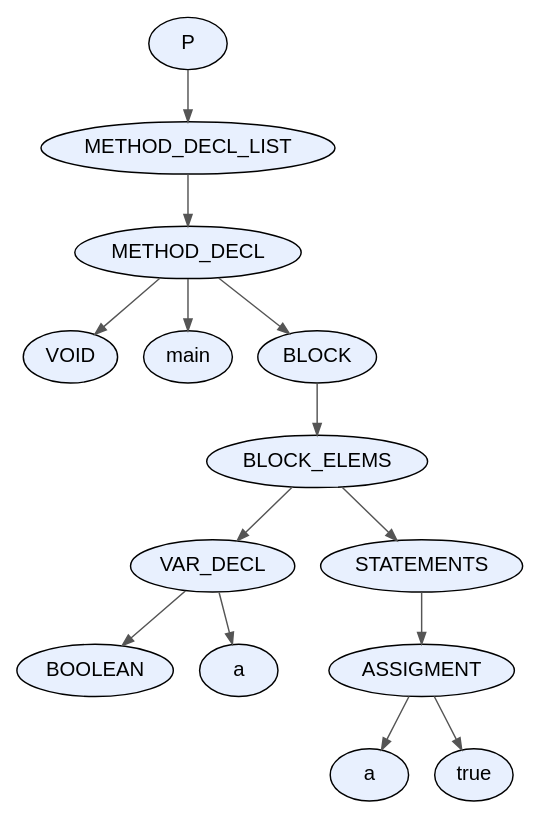
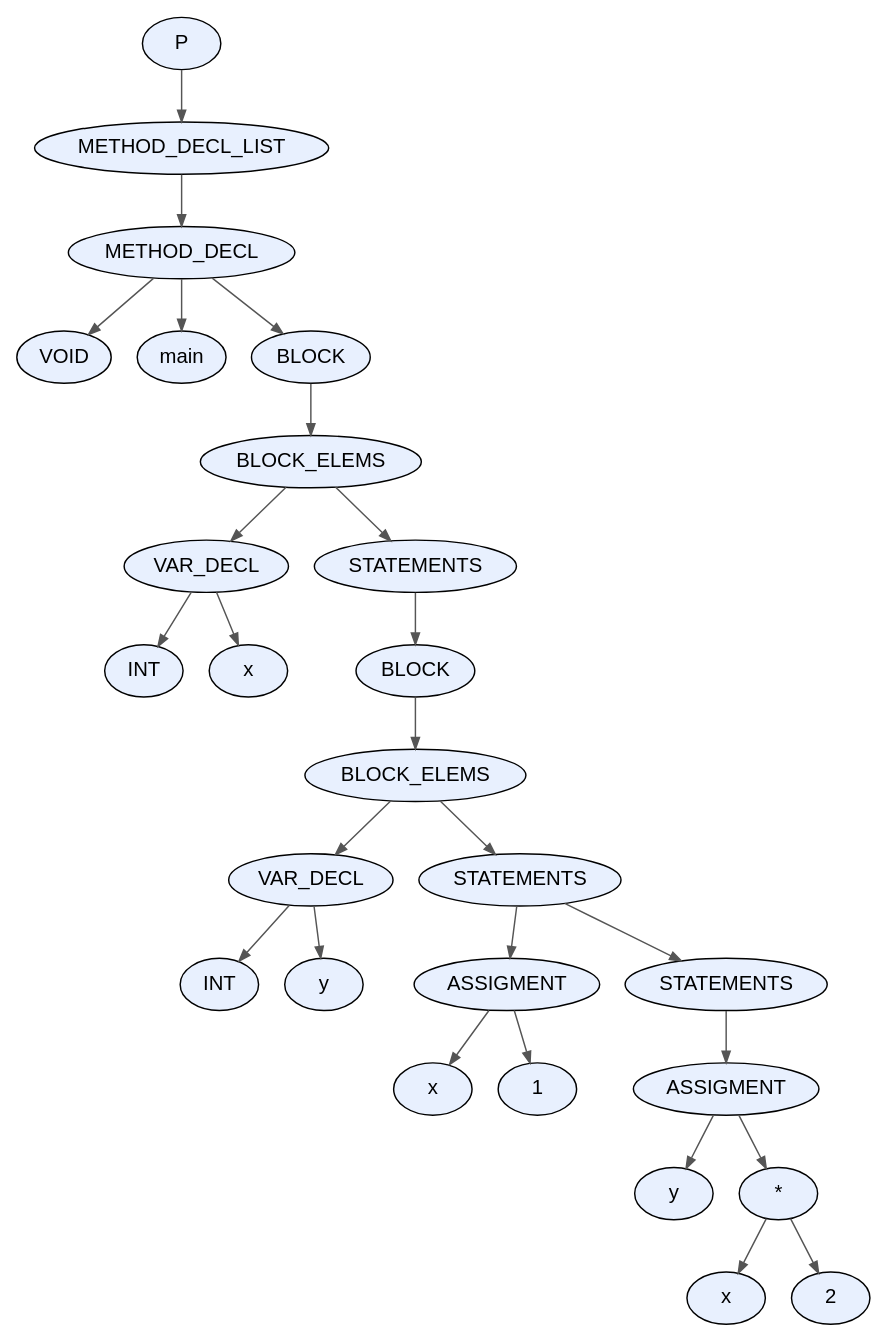
Before and after one commit to facundo-dario-loser/TDS2026: the diagram in proyecto/dot_files/test9.dot, drawn with Graphviz. The commit also changed 53 other files, not shown here.

```diff
--- a/proyecto/dot_files/test9.dot
+++ b/proyecto/dot_files/test9.dot
@@ -1,31 +1,55 @@
 digraph AST {
   node [fontname="Arial"];
   edge [arrowsize=0.8, color="#555555"];
-  "node_0x5c92d2bbfb40" [label="P", style=filled, fillcolor="#E8F0FE", shape=ellipse, style="rounded,filled"];
-  "node_0x5c92d2bbfb40" -> "node_0x5c92d2bbfaf0";
-  "node_0x5c92d2bbfaf0" [label="METHOD_DECL_LIST", style=filled, fillcolor="#E8F0FE", shape=ellipse, style="rounded,filled"];
-  "node_0x5c92d2bbfaf0" -> "node_0x5c92d2bbfaa0";
-  "node_0x5c92d2bbfaa0" [label="METHOD_DECL", style=filled, fillcolor="#E8F0FE", shape=ellipse, style="rounded,filled"];
-  "node_0x5c92d2bbfaa0" -> "node_0x5c92d2bbf9e0";
-  "node_0x5c92d2bbf9e0" [label="VOID", style=filled, fillcolor="#E8F0FE", shape=ellipse, style="rounded,filled"];
-  "node_0x5c92d2bbfaa0" -> "node_0x5c92d2bbfa30";
-  "node_0x5c92d2bbfa30" [label="main", style=filled, fillcolor="#E8F0FE", shape=ellipse, style="rounded,filled"];
-  "node_0x5c92d2bbfaa0" -> "node_0x5c92d2bbf990";
-  "node_0x5c92d2bbf990" [label="BLOCK", style=filled, fillcolor="#E8F0FE", shape=ellipse, style="rounded,filled"];
-  "node_0x5c92d2bbf990" -> "node_0x5c92d2bbf940";
-  "node_0x5c92d2bbf940" [label="BLOCK_ELEMS", style=filled, fillcolor="#E8F0FE", shape=ellipse, style="rounded,filled"];
-  "node_0x5c92d2bbf940" -> "node_0x5c92d2bbf630";
-  "node_0x5c92d2bbf630" [label="VAR_DECL", style=filled, fillcolor="#E8F0FE", shape=ellipse, style="rounded,filled"];
-  "node_0x5c92d2bbf630" -> "node_0x5c92d2bbf550";
-  "node_0x5c92d2bbf550" [label="BOOLEAN", style=filled, fillcolor="#E8F0FE", shape=ellipse, style="rounded,filled"];
-  "node_0x5c92d2bbf630" -> "node_0x5c92d2bbf5c0";
-  "node_0x5c92d2bbf5c0" [label="a", style=filled, fillcolor="#E8F0FE", shape=ellipse, style="rounded,filled"];
-  "node_0x5c92d2bbf940" -> "node_0x5c92d2bbf8f0";
-  "node_0x5c92d2bbf8f0" [label="STATEMENTS", style=filled, fillcolor="#E8F0FE", shape=ellipse, style="rounded,filled"];
-  "node_0x5c92d2bbf8f0" -> "node_0x5c92d2bbf8a0";
-  "node_0x5c92d2bbf8a0" [label="ASSIGMENT", style=filled, fillcolor="#E8F0FE", shape=ellipse, style="rounded,filled"];
-  "node_0x5c92d2bbf8a0" -> "node_0x5c92d2bbf830";
-  "node_0x5c92d2bbf830" [label="a", style=filled, fillcolor="#E8F0FE", shape=ellipse, style="rounded,filled"];
-  "node_0x5c92d2bbf8a0" -> "node_0x5c92d2bc0340";
-  "node_0x5c92d2bc0340" [label="true", style=filled, fillcolor="#E8F0FE", shape=ellipse, style="rounded,filled"];
+  "node_0x5874937f7490" [label="P", style=filled, fillcolor="#E8F0FE", shape=ellipse, style="rounded,filled"];
+  "node_0x5874937f7490" -> "node_0x5874937f7440";
+  "node_0x5874937f7440" [label="METHOD_DECL_LIST", style=filled, fillcolor="#E8F0FE", shape=ellipse, style="rounded,filled"];
+  "node_0x5874937f7440" -> "node_0x5874937f73f0";
+  "node_0x5874937f73f0" [label="METHOD_DECL", style=filled, fillcolor="#E8F0FE", shape=ellipse, style="rounded,filled"];
+  "node_0x5874937f73f0" -> "node_0x5874937f7330";
+  "node_0x5874937f7330" [label="VOID", style=filled, fillcolor="#E8F0FE", shape=ellipse, style="rounded,filled"];
+  "node_0x5874937f73f0" -> "node_0x5874937f7380";
+  "node_0x5874937f7380" [label="main", style=filled, fillcolor="#E8F0FE", shape=ellipse, style="rounded,filled"];
+  "node_0x5874937f73f0" -> "node_0x5874937f72e0";
+  "node_0x5874937f72e0" [label="BLOCK", style=filled, fillcolor="#E8F0FE", shape=ellipse, style="rounded,filled"];
+  "node_0x5874937f72e0" -> "node_0x5874937f7290";
+  "node_0x5874937f7290" [label="BLOCK_ELEMS", style=filled, fillcolor="#E8F0FE", shape=ellipse, style="rounded,filled"];
+  "node_0x5874937f7290" -> "node_0x5874937f6630";
+  "node_0x5874937f6630" [label="VAR_DECL", style=filled, fillcolor="#E8F0FE", shape=ellipse, style="rounded,filled"];
+  "node_0x5874937f6630" -> "node_0x5874937f6550";
+  "node_0x5874937f6550" [label="INT", style=filled, fillcolor="#E8F0FE", shape=ellipse, style="rounded,filled"];
+  "node_0x5874937f6630" -> "node_0x5874937f65c0";
+  "node_0x5874937f65c0" [label="x", style=filled, fillcolor="#E8F0FE", shape=ellipse, style="rounded,filled"];
+  "node_0x5874937f7290" -> "node_0x5874937f7240";
+  "node_0x5874937f7240" [label="STATEMENTS", style=filled, fillcolor="#E8F0FE", shape=ellipse, style="rounded,filled"];
+  "node_0x5874937f7240" -> "node_0x5874937f6fd0";
+  "node_0x5874937f6fd0" [label="BLOCK", style=filled, fillcolor="#E8F0FE", shape=ellipse, style="rounded,filled"];
+  "node_0x5874937f6fd0" -> "node_0x5874937f6f80";
+  "node_0x5874937f6f80" [label="BLOCK_ELEMS", style=filled, fillcolor="#E8F0FE", shape=ellipse, style="rounded,filled"];
+  "node_0x5874937f6f80" -> "node_0x5874937f67b0";
+  "node_0x5874937f67b0" [label="VAR_DECL", style=filled, fillcolor="#E8F0FE", shape=ellipse, style="rounded,filled"];
+  "node_0x5874937f67b0" -> "node_0x5874937f66d0";
+  "node_0x5874937f66d0" [label="INT", style=filled, fillcolor="#E8F0FE", shape=ellipse, style="rounded,filled"];
+  "node_0x5874937f67b0" -> "node_0x5874937f6740";
+  "node_0x5874937f6740" [label="y", style=filled, fillcolor="#E8F0FE", shape=ellipse, style="rounded,filled"];
+  "node_0x5874937f6f80" -> "node_0x5874937f6f30";
+  "node_0x5874937f6f30" [label="STATEMENTS", style=filled, fillcolor="#E8F0FE", shape=ellipse, style="rounded,filled"];
+  "node_0x5874937f6f30" -> "node_0x5874937f68e0";
+  "node_0x5874937f68e0" [label="ASSIGMENT", style=filled, fillcolor="#E8F0FE", shape=ellipse, style="rounded,filled"];
+  "node_0x5874937f68e0" -> "node_0x5874937f6870";
+  "node_0x5874937f6870" [label="x", style=filled, fillcolor="#E8F0FE", shape=ellipse, style="rounded,filled"];
+  "node_0x5874937f68e0" -> "node_0x5874937f6820";
+  "node_0x5874937f6820" [label="1", style=filled, fillcolor="#E8F0FE", shape=ellipse, style="rounded,filled"];
+  "node_0x5874937f6f30" -> "node_0x5874937f6e90";
+  "node_0x5874937f6e90" [label="STATEMENTS", style=filled, fillcolor="#E8F0FE", shape=ellipse, style="rounded,filled"];
+  "node_0x5874937f6e90" -> "node_0x5874937f6e40";
+  "node_0x5874937f6e40" [label="ASSIGMENT", style=filled, fillcolor="#E8F0FE", shape=ellipse, style="rounded,filled"];
+  "node_0x5874937f6e40" -> "node_0x5874937f6dd0";
+  "node_0x5874937f6dd0" [label="y", style=filled, fillcolor="#E8F0FE", shape=ellipse, style="rounded,filled"];
+  "node_0x5874937f6e40" -> "node_0x5874937f6d80";
+  "node_0x5874937f6d80" [label="*", style=filled, fillcolor="#E8F0FE", shape=ellipse, style="rounded,filled"];
+  "node_0x5874937f6d80" -> "node_0x5874937f6cc0";
+  "node_0x5874937f6cc0" [label="x", style=filled, fillcolor="#E8F0FE", shape=ellipse, style="rounded,filled"];
+  "node_0x5874937f6d80" -> "node_0x5874937f6d30";
+  "node_0x5874937f6d30" [label="2", style=filled, fillcolor="#E8F0FE", shape=ellipse, style="rounded,filled"];
 }
```
